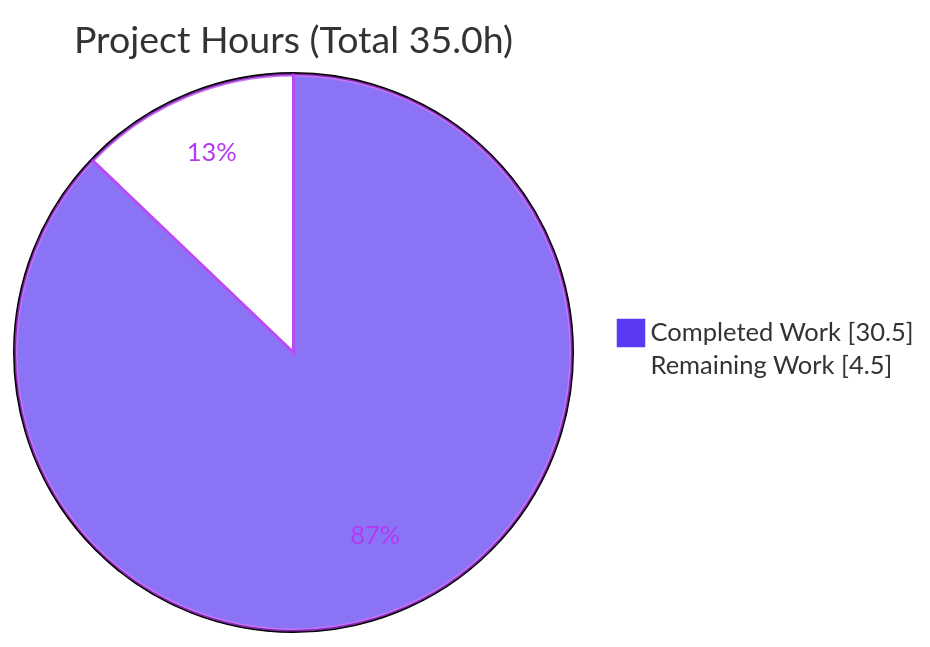
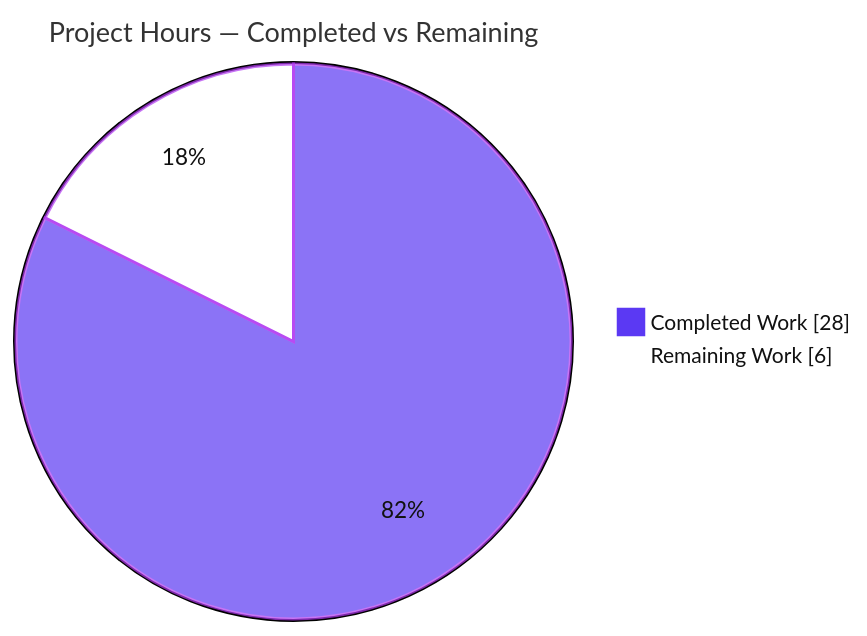
One commit to lakshya-blitzy/600K_ParentRepo changed the second of 4 diagrams in blitzy/documentation/Project Guide.md. Above: the diagram before and after it, drawn with Mermaid. The commit also changed other lines of this file, not shown here.

Commit message:
Adding Blitzy Project Guide: Project Status and Human Tasks Remaining

````diff
--- a/blitzy/documentation/Project Guide.md
+++ b/blitzy/documentation/Project Guide.md
@@ -203,6 +191,7 @@
 ```mermaid
-%%{init: {'theme':'base', 'themeVariables': {'pie1':'#5B39F3','pie2':'#FFFFFF','pieStrokeColor':'#B23AF2','pieStrokeWidth':'2px','pieSectionTextColor':'#B23AF2'}}}%%
-pie showData title Project Hours (Total 35.0h)
-    "Completed Work" : 30.5
-    "Remaining Work" : 4.5
+%%{init: {'theme':'base', 'themeVariables': {'pie1':'#5B39F3','pie2':'#FFFFFF','pieStrokeColor':'#B23AF2','pieStrokeWidth':'2px','pieOuterStrokeWidth':'2px','pieTitleTextSize':'18px','pieSectionTextSize':'15px','pieLegendTextSize':'14px','pieSectionTextColor':'#111111','pieLegendTextColor':'#111111'}}}%%
+pie showData
+    title Project Hours — Completed vs Remaining
+    "Completed Work" : 28
+    "Remaining Work" : 6
 ```
````
